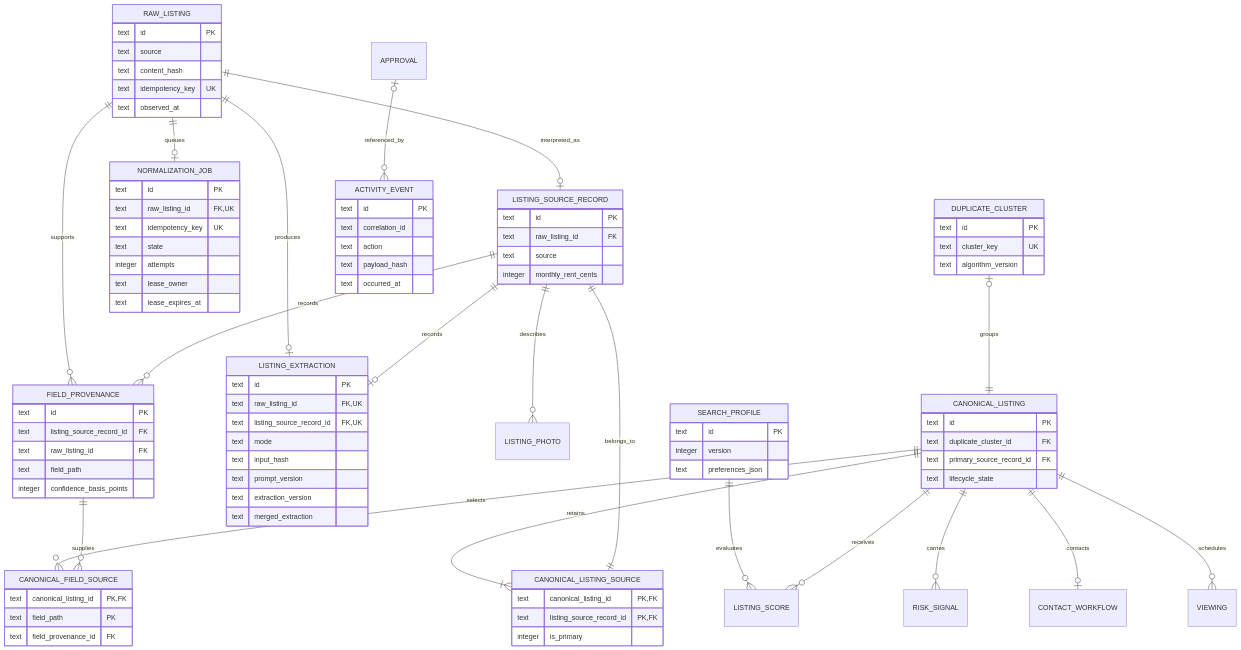
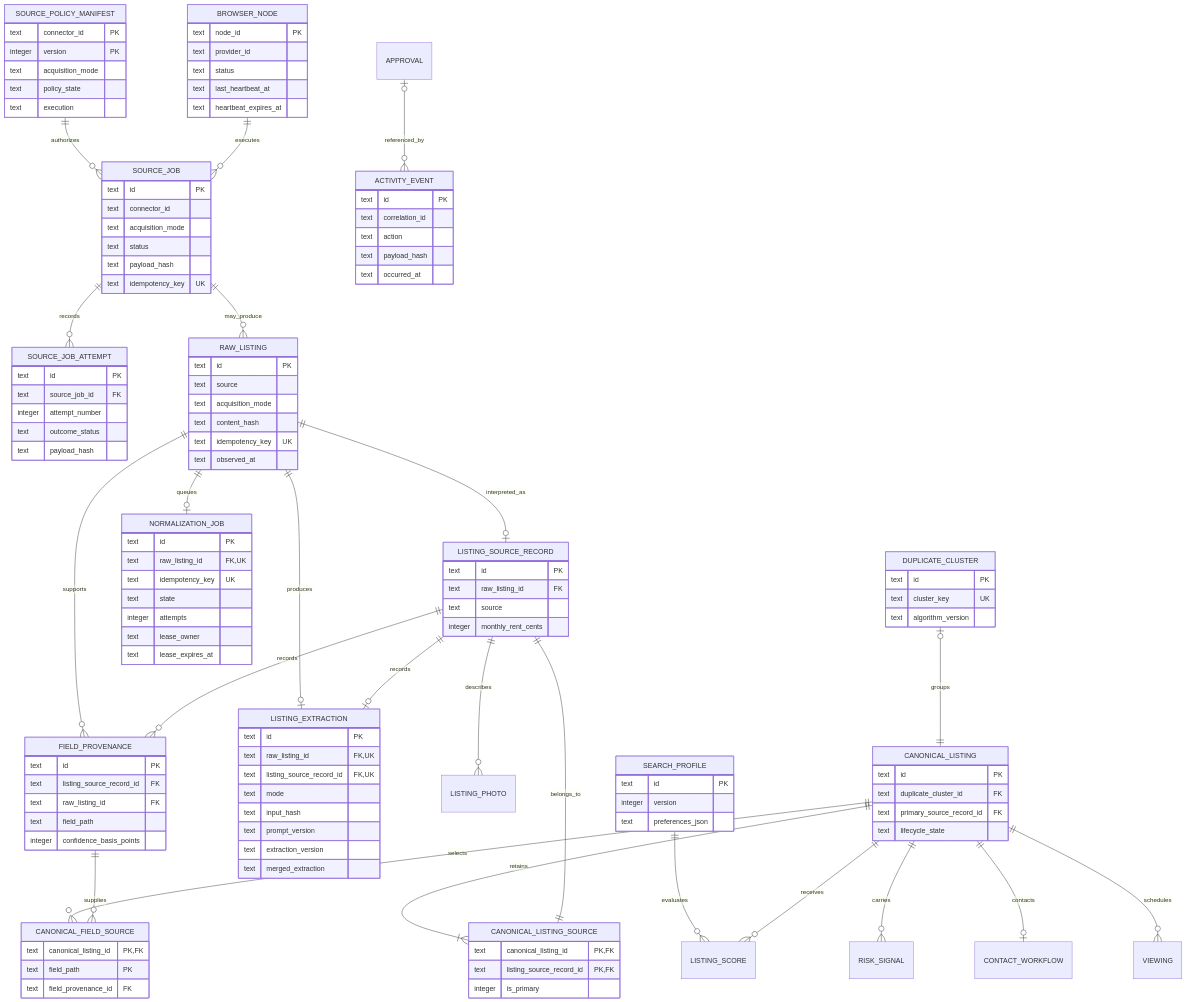
The first of 4 diagrams in docs/DATA_MODEL.md (zukhriddingit/VeraAI), drawn with Mermaid before and after one commit. The commit also changed other lines of this file and 4 other files, not shown here.

````diff
--- a/docs/DATA_MODEL.md
+++ b/docs/DATA_MODEL.md
@@ -20,6 +21,10 @@
 ```mermaid
 erDiagram
     SEARCH_PROFILE ||--o{ LISTING_SCORE : evaluates
+    SOURCE_POLICY_MANIFEST ||--o{ SOURCE_JOB : authorizes
+    SOURCE_JOB ||--o{ SOURCE_JOB_ATTEMPT : records
+    BROWSER_NODE ||--o{ SOURCE_JOB : executes
+    SOURCE_JOB ||--o{ RAW_LISTING : may_produce
     RAW_LISTING ||--o| LISTING_SOURCE_RECORD : interpreted_as
     RAW_LISTING ||--o| NORMALIZATION_JOB : queues
     RAW_LISTING ||--o| LISTING_EXTRACTION : produces
@@ -48,6 +53,7 @@
     RAW_LISTING {
         text id PK
         text source
+        text acquisition_mode
         text content_hash
         text idempotency_key UK
         text observed_at
@@ -102,6 +108,35 @@
         text lease_owner
         text lease_expires_at
     }
+    SOURCE_POLICY_MANIFEST {
+        text connector_id PK
+        integer version PK
+        text acquisition_mode
+        text policy_state
+        text execution
+    }
+    SOURCE_JOB {
+        text id PK
+        text connector_id
+        text acquisition_mode
+        text status
+        text payload_hash
+        text idempotency_key UK
+    }
+    SOURCE_JOB_ATTEMPT {
+        text id PK
+        text source_job_id FK
+        integer attempt_number
+        text outcome_status
+        text payload_hash
+    }
+    BROWSER_NODE {
+        text node_id PK
+        text provider_id
+        text status
+        text last_heartbeat_at
+        text heartbeat_expires_at
+    }
     LISTING_EXTRACTION {
         text id PK
         text raw_listing_id FK, UK
````
